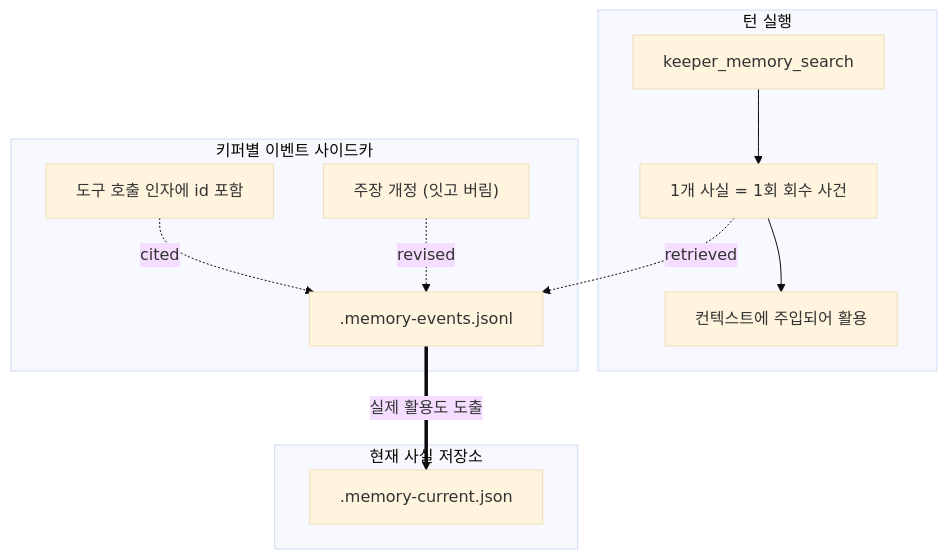
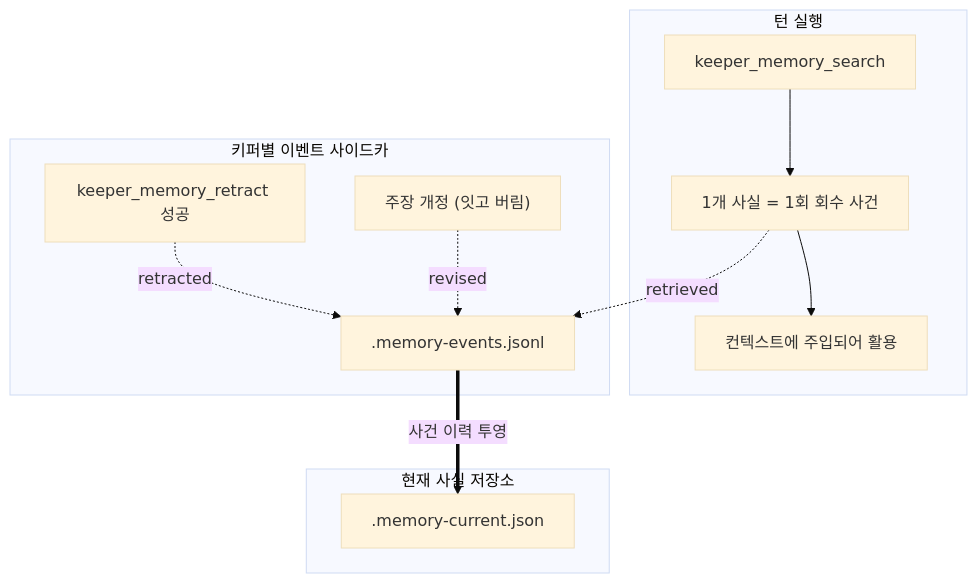
One commit to jeong-sik/masc changed the diagram in docs-site/src/content/docs/ko/architecture/memory-os.md. Above: the diagram before and after it, drawn with Mermaid (base theme). The commit also changed other lines of this file and 26 other files, not shown here.

````diff
--- a/docs-site/src/content/docs/ko/architecture/memory-os.md
+++ b/docs-site/src/content/docs/ko/architecture/memory-os.md
@@ -29,17 +29,17 @@
 ```mermaid
 flowchart TD
     subgraph Execution ["턴 실행"]
         Q["keeper_memory_search"] --> RET["1개 사실 = 1회 회수 사건"]
         RET --> USE["컨텍스트에 주입되어 활용"]
     end
 
     subgraph Sidecar ["키퍼별 이벤트 사이드카"]
         RET -.->|"retrieved"| EV["<keeper>.memory-events.jsonl"]
-        TOOL["도구 호출 인자에 id 포함"] -.->|"cited"| EV
+        DROP["keeper_memory_retract 성공"] -.->|"retracted"| EV
         REV["주장 개정 (잇고 버림)"] -.->|"revised"| EV
     end
 
     subgraph Facts ["현재 사실 저장소"]
-        EV ==>|"실제 활용도 도출"| DB["<keeper>.memory-current.json"]
+        EV ==>|"사건 이력 투영"| DB["<keeper>.memory-current.json"]
     end
 ```
````
